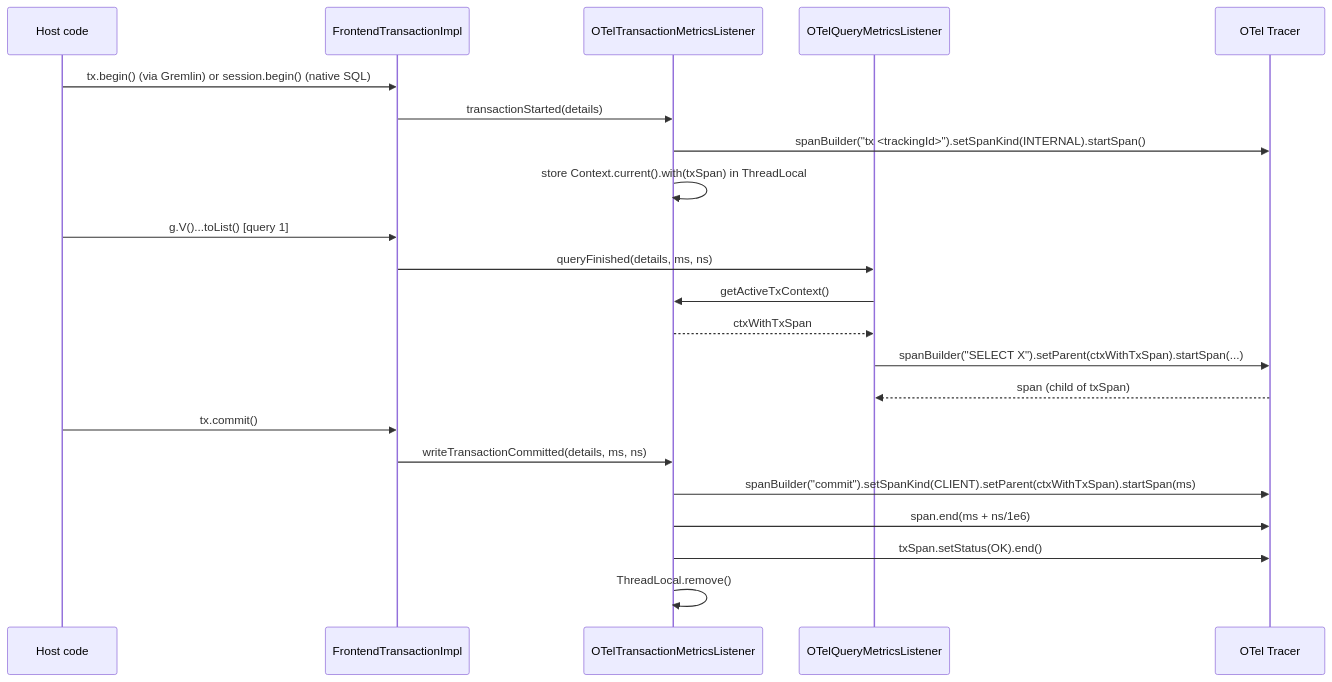
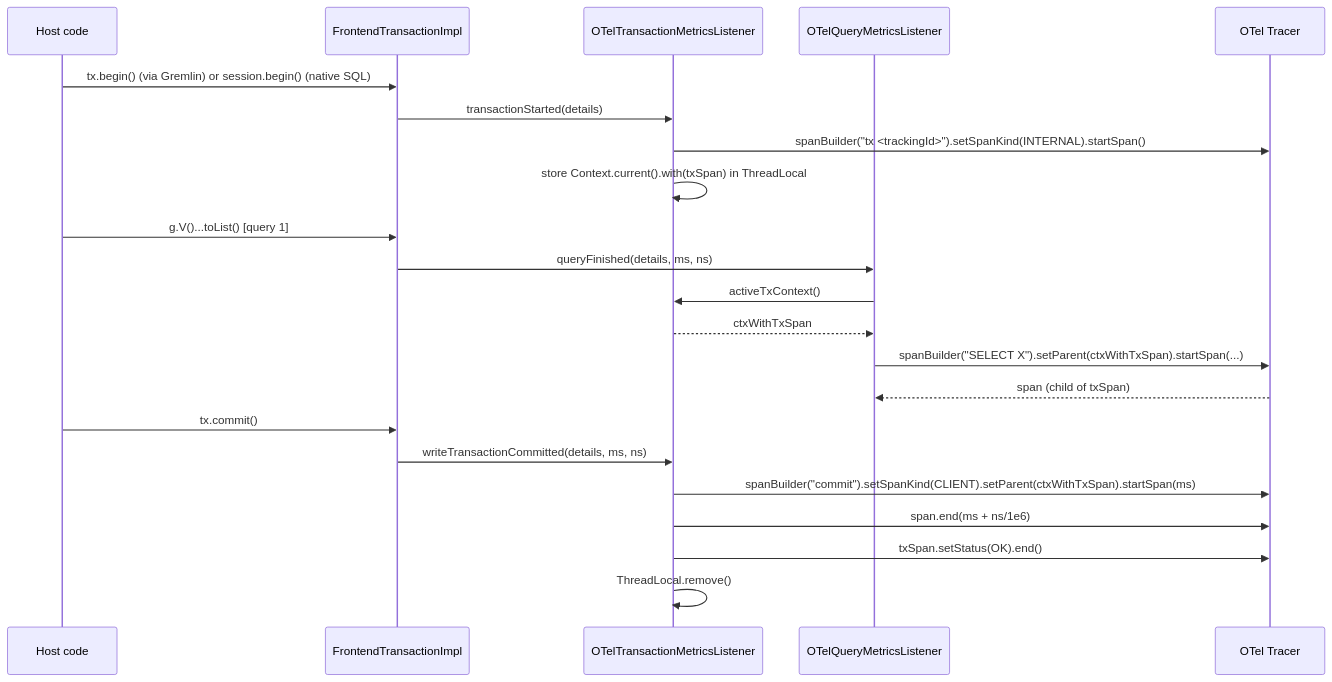
The third of 4 diagrams in docs/adr/ytdb-496-opentelemetry-support/_workflow/design.md (JetBrains/youtrackdb), drawn with Mermaid before and after one commit. The commit also changed other lines of this file and 3 other files, not shown here.

````diff
--- a/docs/adr/ytdb-496-opentelemetry-support/_workflow/design.md
+++ b/docs/adr/ytdb-496-opentelemetry-support/_workflow/design.md
@@ -159,25 +162,25 @@
 ```mermaid
 sequenceDiagram
     participant Host as Host code
     participant TX as FrontendTransactionImpl
     participant OTL as OTelTransactionMetricsListener
     participant OQL as OTelQueryMetricsListener
     participant TR as OTel Tracer
 
     Host->>TX: tx.begin() (via Gremlin) or session.begin() (native SQL)
     TX->>OTL: transactionStarted(details)
     OTL->>TR: spanBuilder("tx <trackingId>").setSpanKind(INTERNAL).startSpan()
     OTL->>OTL: store Context.current().with(txSpan) in ThreadLocal
     Host->>TX: g.V()...toList()  [query 1]
     TX->>OQL: queryFinished(details, ms, ns)
-    OQL->>OTL: getActiveTxContext()
+    OQL->>OTL: activeTxContext()
     OTL-->>OQL: ctxWithTxSpan
     OQL->>TR: spanBuilder("SELECT X").setParent(ctxWithTxSpan).startSpan(...)
     TR-->>OQL: span (child of txSpan)
     Host->>TX: tx.commit()
     TX->>OTL: writeTransactionCommitted(details, ms, ns)
     OTL->>TR: spanBuilder("commit").setSpanKind(CLIENT).setParent(ctxWithTxSpan).startSpan(ms)
     OTL->>TR: span.end(ms + ns/1e6)
     OTL->>TR: txSpan.setStatus(OK).end()
     OTL->>OTL: ThreadLocal.remove()
 ```
````
